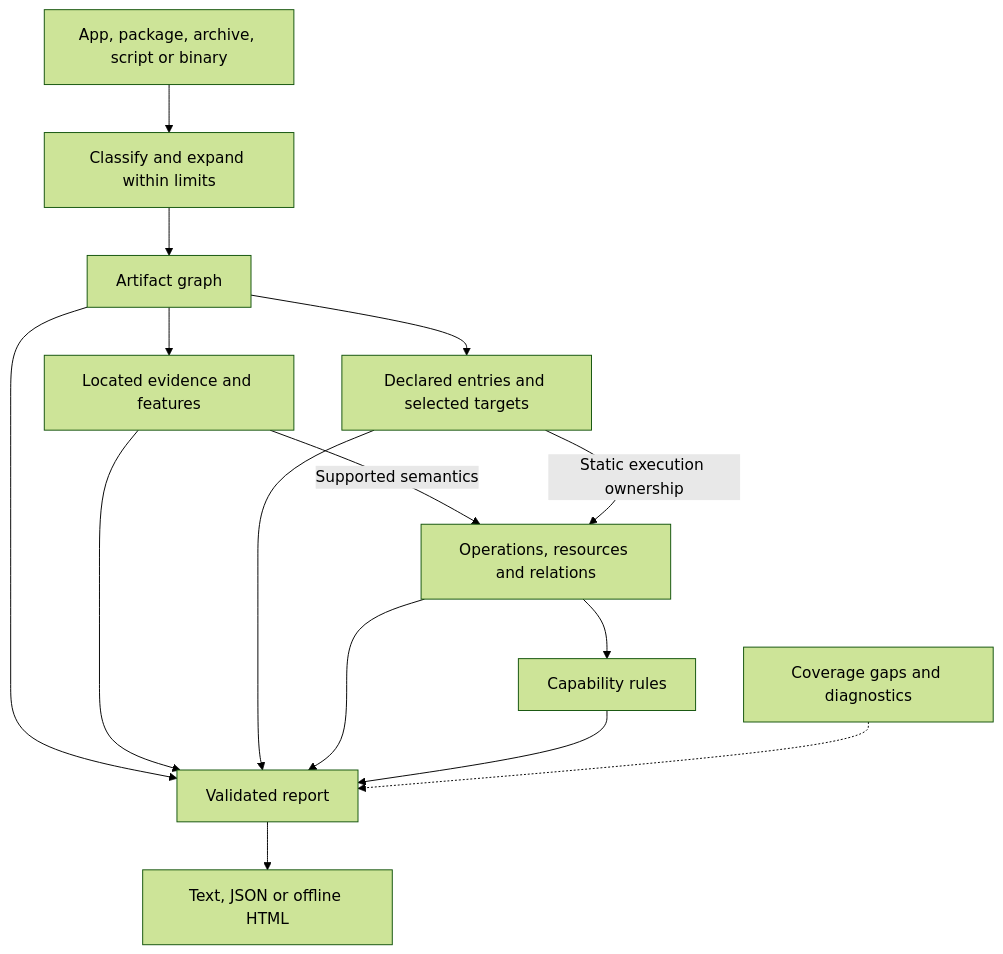
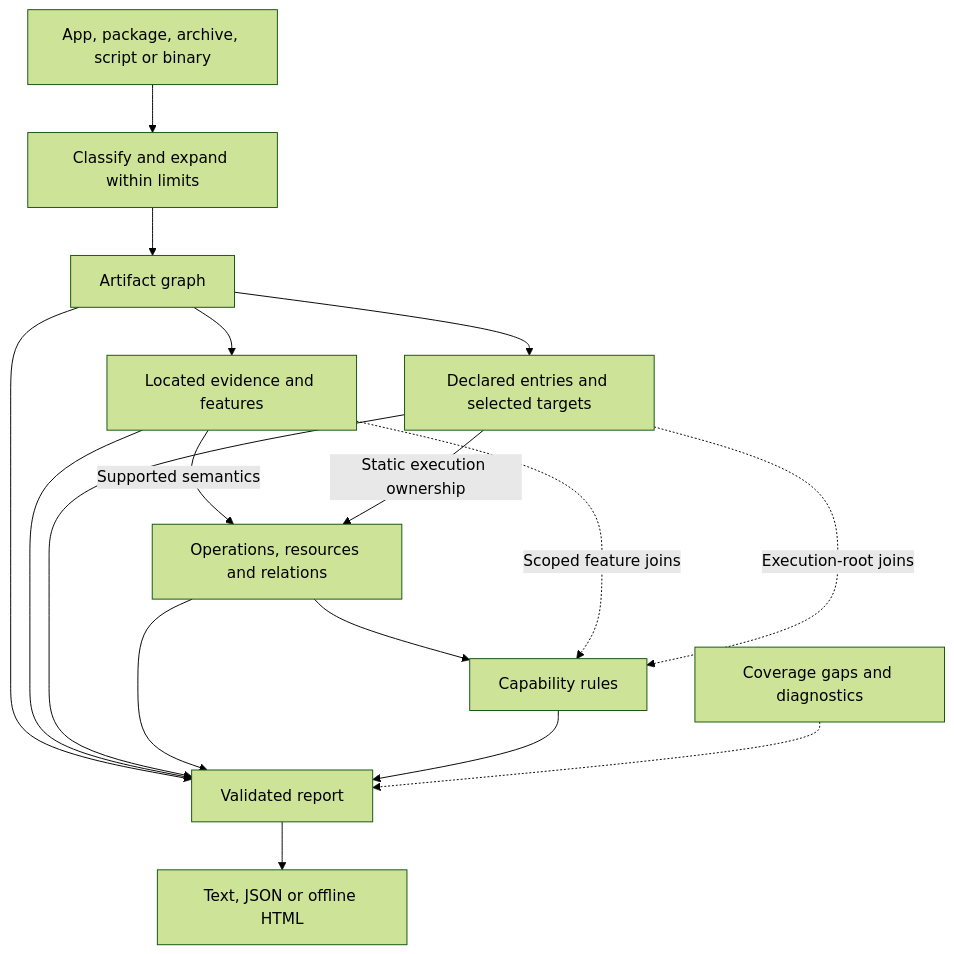
One commit to 0x4D31/maratus changed the diagram in README.md. Above: the diagram before and after it, drawn with Mermaid (forest theme). The commit also changed other lines of this file and 3 other files, not shown here.

````diff
--- a/README.md
+++ b/README.md
@@ -72,17 +72,19 @@
 ```mermaid
 flowchart TD
     A[App, package, archive, script or binary] --> B[Classify and expand within limits]
     B --> C[Artifact graph]
     C --> D[Located evidence and features]
     C --> E[Declared entries and selected targets]
     D -->|Supported semantics| F[Operations, resources and relations]
     E -->|Static execution ownership| F
     F --> G[Capability rules]
+    D -.->|Scoped feature joins| G
+    E -.->|Execution-root joins| G
     C --> H[Validated report]
     D --> H
     E --> H
     F --> H
     G --> H
     I[Coverage gaps and diagnostics] -.-> H
     H --> J[Text, JSON or offline HTML]
 ```
````
